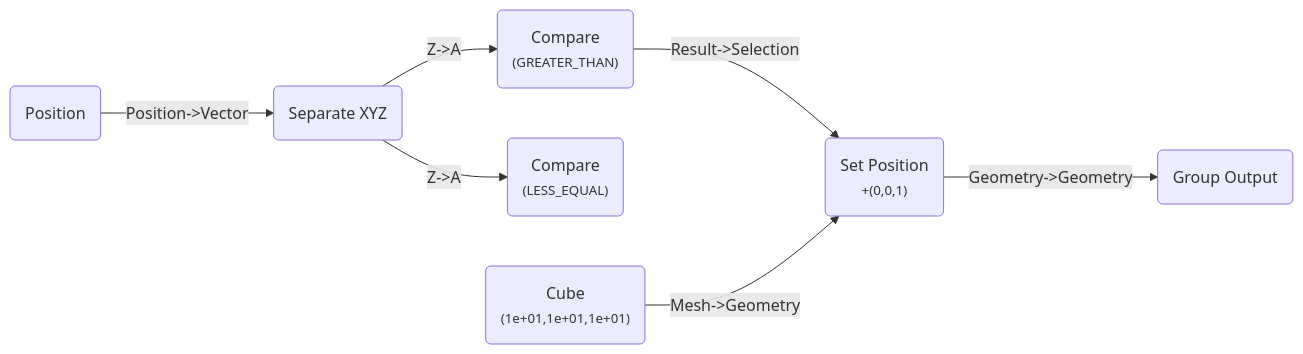
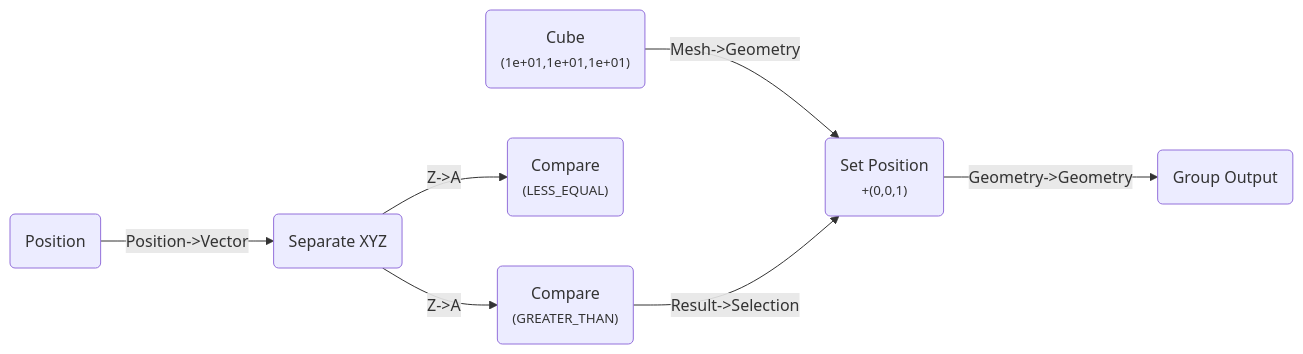
Before and after one commit to BradyAJohnston/nodebpy: the fourth of 11 diagrams in operators.llms.md, drawn with Mermaid. The commit also changed other lines of this file and 104 other files, not shown here.

````diff
--- a/operators.llms.md
+++ b/operators.llms.md
@@ -146,16 +146,16 @@
 ``` mermaid
 graph LR
     N0("Position"):::input-node
     N1("Separate XYZ"):::converter-node
     N2("Cube<br/><small>(1e+01,1e+01,1e+01)</small>"):::geometry-node
     N3("Compare<br/><small>(LESS_EQUAL)</small>"):::converter-node
     N4("Compare<br/><small>(GREATER_THAN)</small>"):::converter-node
     N5("Set Position<br/><small>+(0,0,1)</small>"):::geometry-node
     N6("Group Output"):::default-node
+    N5 -->|"Geometry->Geometry"| N6
     N0 -->|"Position->Vector"| N1
     N1 -->|"Z->A"| N4
     N1 -->|"Z->A"| N3
+    N2 -->|"Mesh->Geometry"| N5
     N4 -->|"Result->Selection"| N5
-    N2 -->|"Mesh->Geometry"| N5
-    N5 -->|"Geometry->Geometry"| N6
 ```
````
